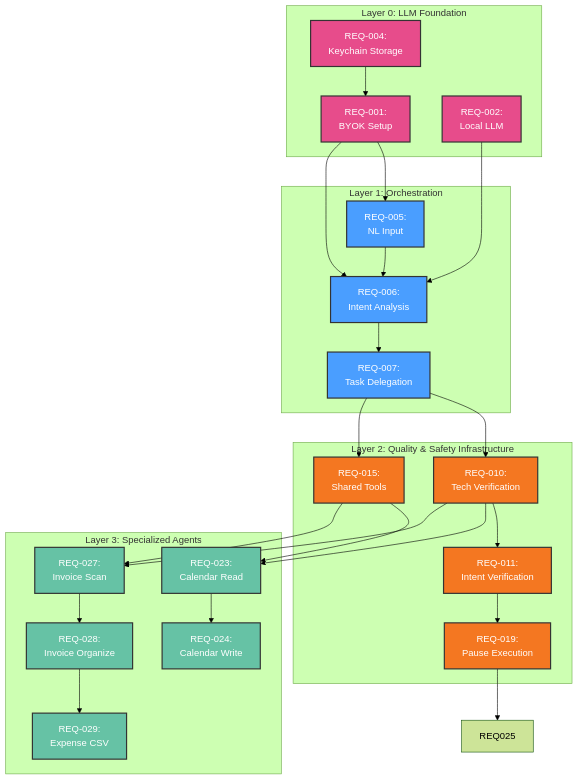
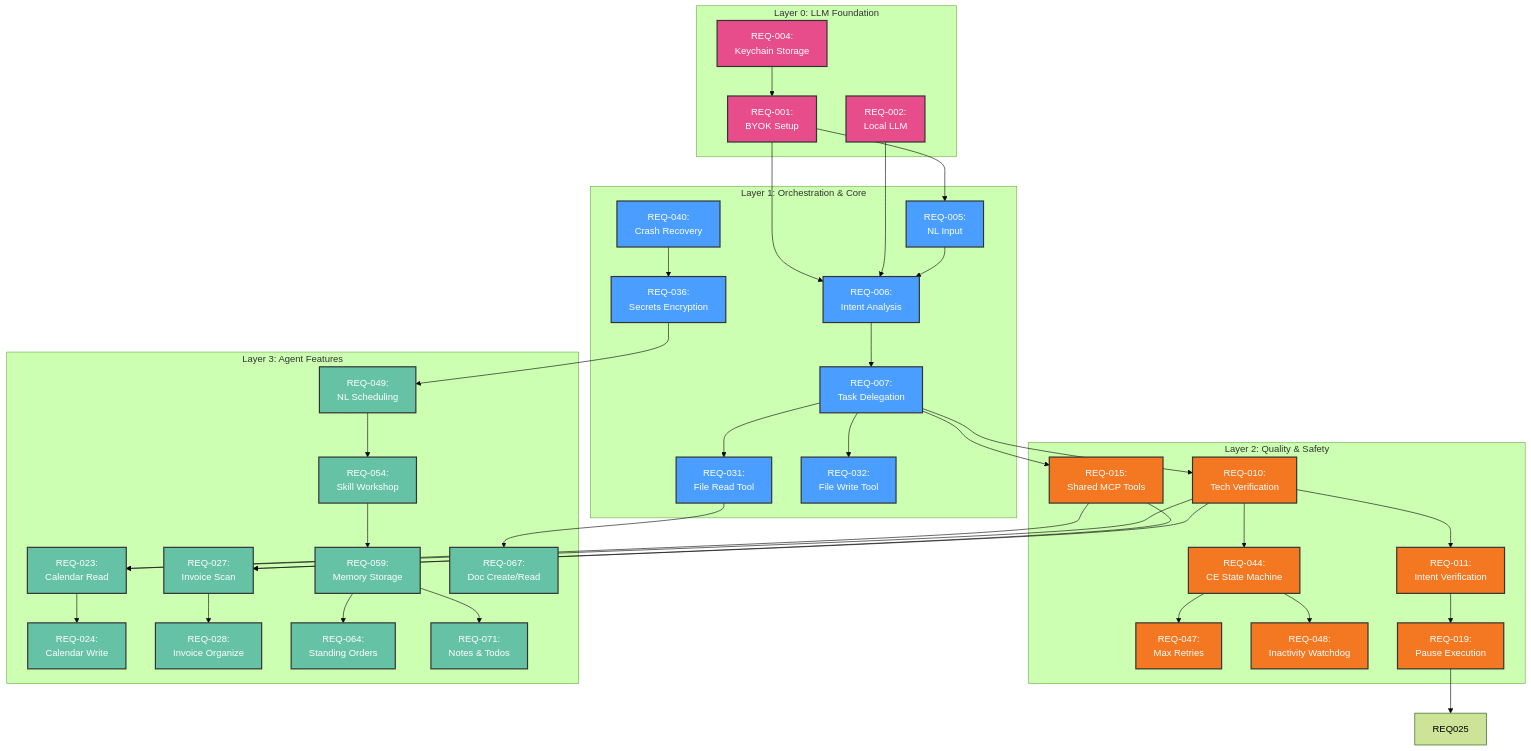
One commit to MyBoTeam/MyBoTeam changed the fourth of 7 diagrams in PRD.md. Above: the diagram before and after it, drawn with Mermaid (forest theme). The commit also changed other lines of this file and 1 other file, not shown here.

````diff
--- a/PRD.md
+++ b/PRD.md
@@ -769,58 +1148,81 @@
 ```mermaid
 flowchart TB
     subgraph "Layer 0: LLM Foundation"
         REQ001["REQ-001:<br/>BYOK Setup"]
         REQ002["REQ-002:<br/>Local LLM"]
         REQ004["REQ-004:<br/>Keychain Storage"]
     end
 
-    subgraph "Layer 1: Orchestration"
+    subgraph "Layer 1: Orchestration & Core"
         REQ005["REQ-005:<br/>NL Input"]
         REQ006["REQ-006:<br/>Intent Analysis"]
         REQ007["REQ-007:<br/>Task Delegation"]
+        REQ036["REQ-036:<br/>Secrets Encryption"]
+        REQ040["REQ-040:<br/>Crash Recovery"]
+        REQ031["REQ-031:<br/>File Read Tool"]
+        REQ032["REQ-032:<br/>File Write Tool"]
     end
 
-    subgraph "Layer 2: Quality & Safety Infrastructure"
+    subgraph "Layer 2: Quality & Safety"
         REQ010["REQ-010:<br/>Tech Verification"]
         REQ011["REQ-011:<br/>Intent Verification"]
-        REQ015["REQ-015:<br/>Shared Tools"]
+        REQ044["REQ-044:<br/>CE State Machine"]
+        REQ047["REQ-047:<br/>Max Retries"]
+        REQ048["REQ-048:<br/>Inactivity Watchdog"]
+        REQ015["REQ-015:<br/>Shared MCP Tools"]
         REQ019["REQ-019:<br/>Pause Execution"]
     end
 
-    subgraph "Layer 3: Specialized Agents"
+    subgraph "Layer 3: Agent Features"
         REQ023["REQ-023:<br/>Calendar Read"]
         REQ024["REQ-024:<br/>Calendar Write"]
         REQ027["REQ-027:<br/>Invoice Scan"]
         REQ028["REQ-028:<br/>Invoice Organize"]
-        REQ029["REQ-029:<br/>Expense CSV"]
+        REQ049["REQ-049:<br/>NL Scheduling"]
+        REQ054["REQ-054:<br/>Skill Workshop"]
+        REQ059["REQ-059:<br/>Memory Storage"]
+        REQ064["REQ-064:<br/>Standing Orders"]
+        REQ067["REQ-067:<br/>Doc Create/Read"]
+        REQ071["REQ-071:<br/>Notes & Todos"]
     end
 
     REQ001 --> REQ005
     REQ001 --> REQ006
     REQ002 --> REQ006
     REQ004 --> REQ001
     REQ005 --> REQ006
     REQ006 --> REQ007
     REQ007 --> REQ010
     REQ007 --> REQ015
+    REQ007 --> REQ031
+    REQ007 --> REQ032
     REQ010 --> REQ011
+    REQ010 --> REQ044
+    REQ044 --> REQ047
+    REQ044 --> REQ048
     REQ011 --> REQ019
+    REQ036 --> REQ049
+    REQ040 --> REQ036
     REQ015 --> REQ023
     REQ015 --> REQ027
     REQ019 --> REQ025
     REQ010 --> REQ023
     REQ010 --> REQ027
     REQ023 --> REQ024
     REQ027 --> REQ028
-    REQ028 --> REQ029
+    REQ049 --> REQ054
+    REQ054 --> REQ059
+    REQ059 --> REQ064
+    REQ059 --> REQ071
+    REQ031 --> REQ067
 
     classDef llm fill:#e74c8b,stroke:#333,stroke-width:2px,color:#fff
     classDef orchestration fill:#4a9eff,stroke:#333,stroke-width:2px,color:#fff
     classDef infra fill:#f47721,stroke:#333,stroke-width:2px,color:#fff
     classDef agents fill:#66c2a5,stroke:#333,stroke-width:2px,color:#fff
 
     class REQ001,REQ002,REQ004 llm
-    class REQ005,REQ006,REQ007 orchestration
-    class REQ010,REQ011,REQ015,REQ019 infra
-    class REQ023,REQ024,REQ027,REQ028,REQ029 agents
+    class REQ005,REQ006,REQ007,REQ031,REQ032,REQ036,REQ040 orchestration
+    class REQ010,REQ011,REQ015,REQ019,REQ044,REQ047,REQ048 infra
+    class REQ023,REQ024,REQ027,REQ028,REQ049,REQ054,REQ059,REQ064,REQ067,REQ071 agents
 ```
````
